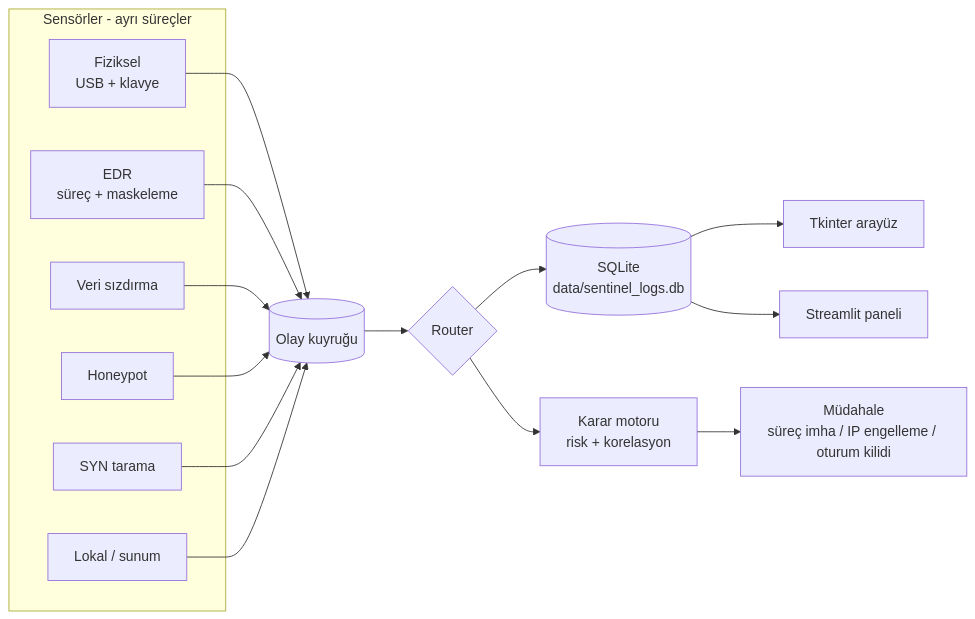
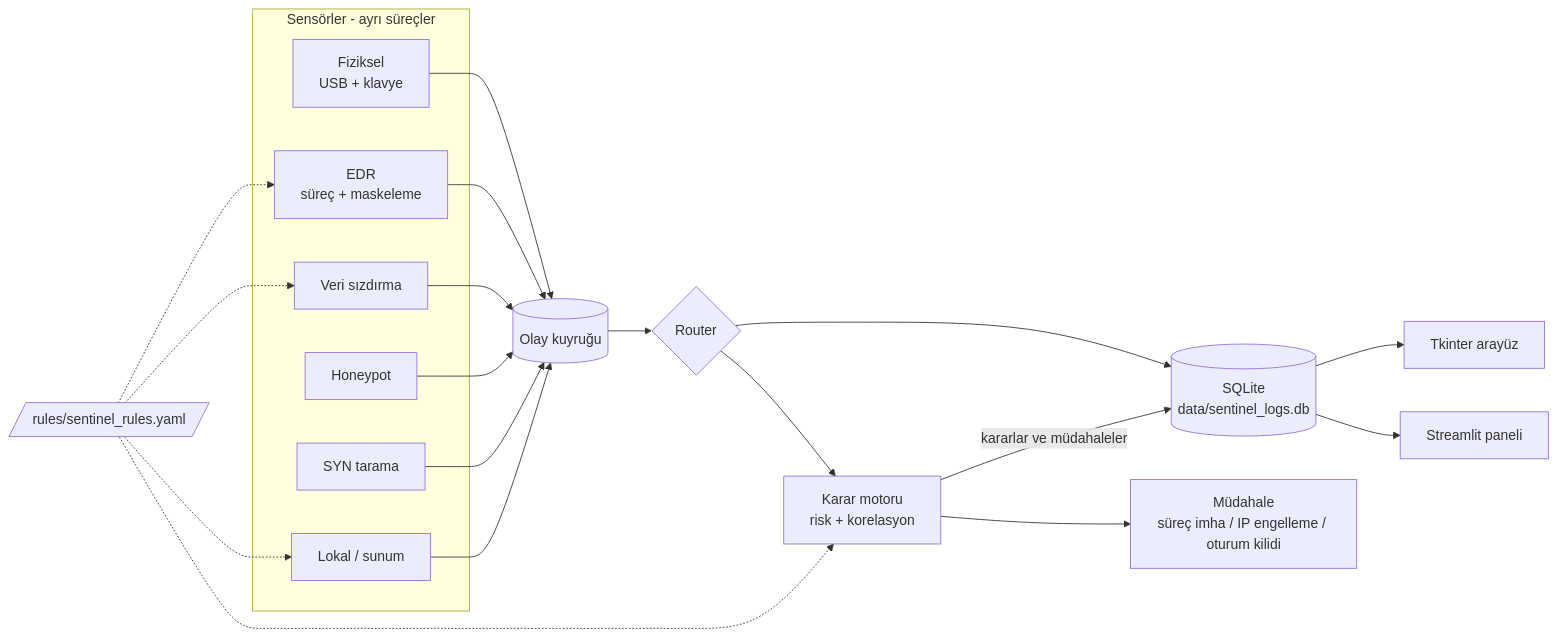
One commit to yugennnx/sentinel-edr changed the diagram in README.md. Above: the diagram before and after it, drawn with Mermaid. The commit also changed other lines of this file and 17 other files, not shown here.

````diff
--- a/README.md
+++ b/README.md
@@ -33,18 +39,20 @@
 ```mermaid
 flowchart LR
     subgraph Sensörler [Sensörler - ayrı süreçler]
         P[Fiziksel<br/>USB + klavye]
         C[EDR<br/>süreç + maskeleme]
         X[Veri sızdırma]
         H[Honeypot]
         S[SYN tarama]
         L[Lokal / sunum]
     end
     P & C & X & H & S & L --> Q[(Olay kuyruğu)]
     Q --> R{Router}
     R --> DB[(SQLite<br/>data/sentinel_logs.db)]
     R --> F[Karar motoru<br/>risk + korelasyon]
     F --> A[Müdahale<br/>süreç imha / IP engelleme / oturum kilidi]
+    F -- kararlar ve müdahaleler --> DB
+    Y[/rules/sentinel_rules.yaml/] -.-> C & X & L & F
     DB --> UI1[Tkinter arayüz]
     DB --> UI2[Streamlit paneli]
 ```
````
